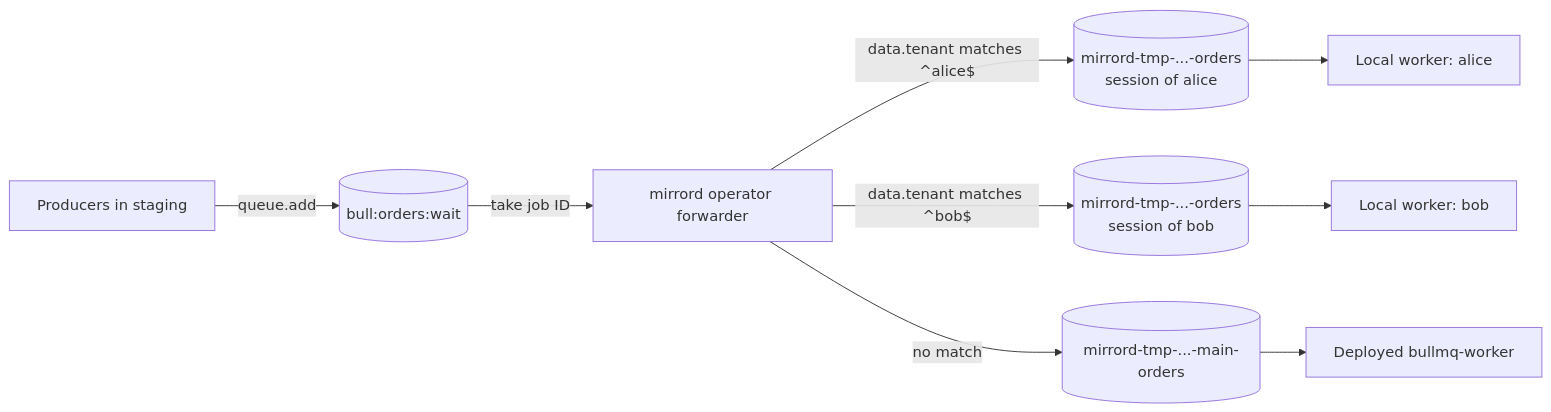
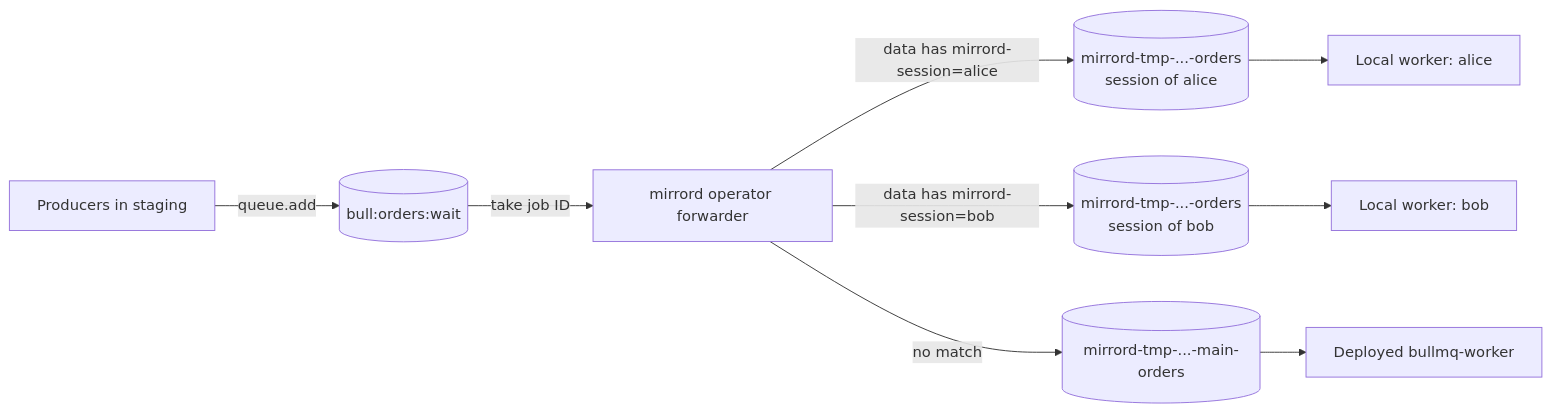
The diagram in docs/tutorials/queues/how-to-test-bullmq-workers.md (metalbear-co/docs), drawn with Mermaid before and after one commit. The commit also changed other lines of this file and 7 other files, not shown here.

````diff
--- a/docs/tutorials/queues/how-to-test-bullmq-workers.md
+++ b/docs/tutorials/queues/how-to-test-bullmq-workers.md
@@ -525,11 +494,11 @@
 ```mermaid
 flowchart LR
     P[Producers in staging] -->|queue.add| O[(bull:orders:wait)]
     O -->|take job ID| F[mirrord operator forwarder]
-    F -->|data.tenant matches ^alice$| A[(mirrord-tmp-...-orders<br/>session of alice)]
-    F -->|data.tenant matches ^bob$| B[(mirrord-tmp-...-orders<br/>session of bob)]
+    F -->|data has mirrord-session=alice| A[(mirrord-tmp-...-orders<br/>session of alice)]
+    F -->|data has mirrord-session=bob| B[(mirrord-tmp-...-orders<br/>session of bob)]
     F -->|no match| M[(mirrord-tmp-...-main-orders)]
     A --> LA[Local worker: alice]
     B --> LB[Local worker: bob]
     M --> D[Deployed bullmq-worker]
 ```
````
